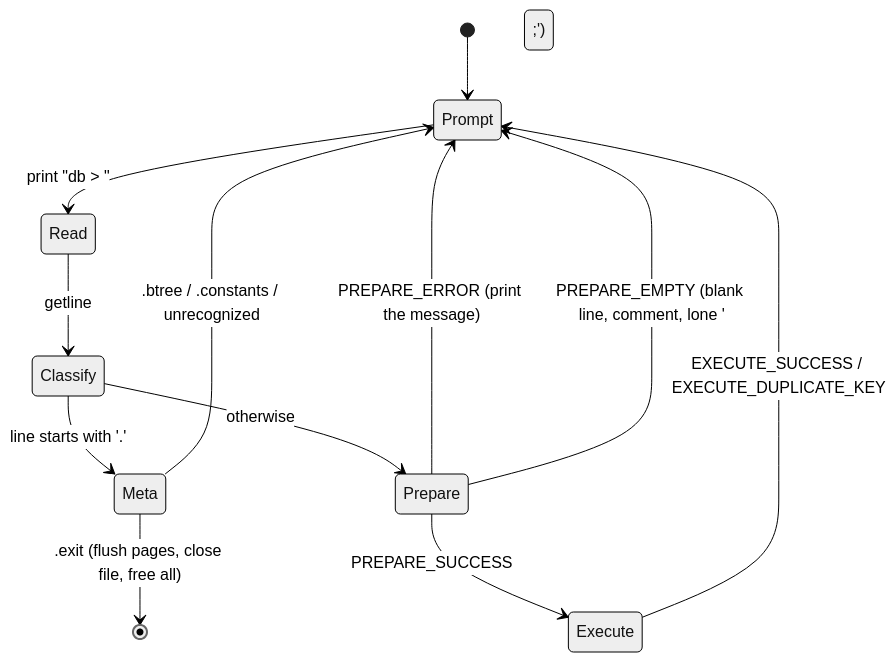
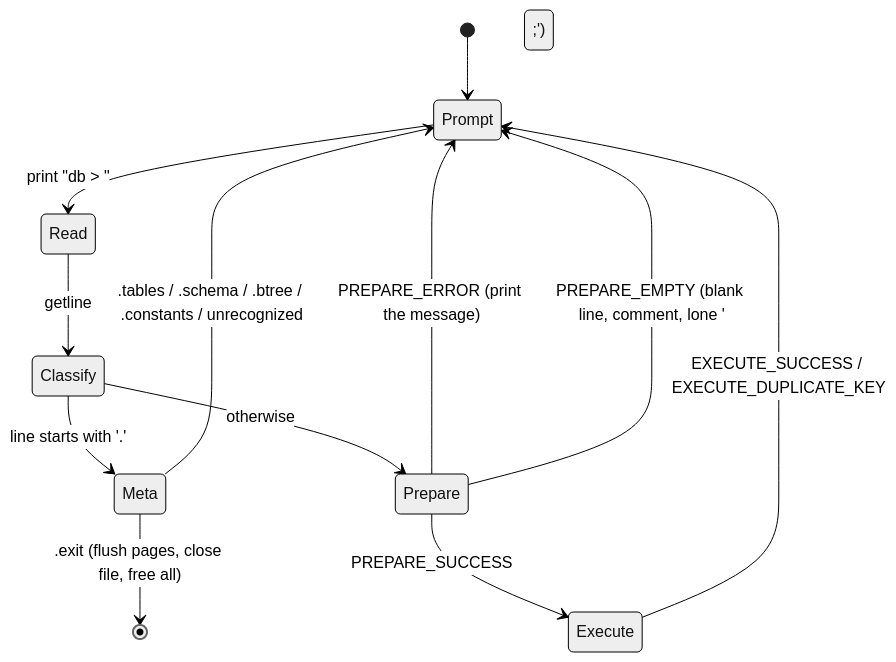
Before and after one commit to Rohitangshu2026/mini-sql: diagram 16 of 21 in README.md, drawn with Mermaid (neutral theme). The commit also changed other lines of this file, not shown here.

````diff
--- a/README.md
+++ b/README.md
@@ -790,18 +920,18 @@
 ```mermaid
 stateDiagram-v2
     [*] --> Prompt
     Prompt --> Read : print "db > "
     Read --> Classify : getline
 
     Classify --> Meta : line starts with '.'
     Classify --> Prepare : otherwise
 
-    Meta --> Prompt : .btree / .constants / unrecognized
+    Meta --> Prompt : .tables / .schema / .btree / .constants / unrecognized
     Meta --> [*] : .exit (flush pages, close file, free all)
 
     Prepare --> Execute : PREPARE_SUCCESS
     Prepare --> Prompt : PREPARE_ERROR (print the message)
     Prepare --> Prompt : PREPARE_EMPTY (blank line, comment, lone ';')
 
     Execute --> Prompt : EXECUTE_SUCCESS / EXECUTE_DUPLICATE_KEY
 ```
````
